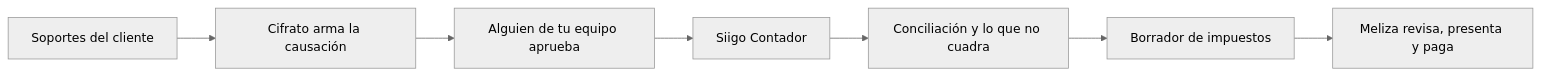
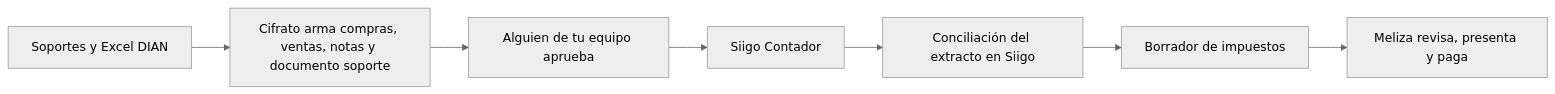
One commit to Webby-COL/meliza-cierre-mensual changed the second of 2 diagrams in para_meliza.md. Above: the diagram before and after it, drawn with Mermaid (neutral theme). The commit also changed other lines of this file and 1 other file, not shown here.

Commit message:
Publica la página HTML del cierre mensual para abrirla en cualquier navegador.

````diff
--- a/para_meliza.md
+++ b/para_meliza.md
@@ -46,9 +46,9 @@
 ```mermaid
 flowchart LR
-    A["Soportes del cliente"] --> B["Cifrato arma la causación"]
+    A["Soportes y Excel DIAN"] --> B["Cifrato arma compras, ventas, notas y documento soporte"]
     B --> C["Alguien de tu equipo aprueba"]
     C --> D["Siigo Contador"]
-    D --> E["Conciliación y lo que no cuadra"]
+    D --> E["Conciliación del extracto en Siigo"]
     E --> F["Borrador de impuestos"]
     F --> G["Meliza revisa, presenta y paga"]
 ```
````
